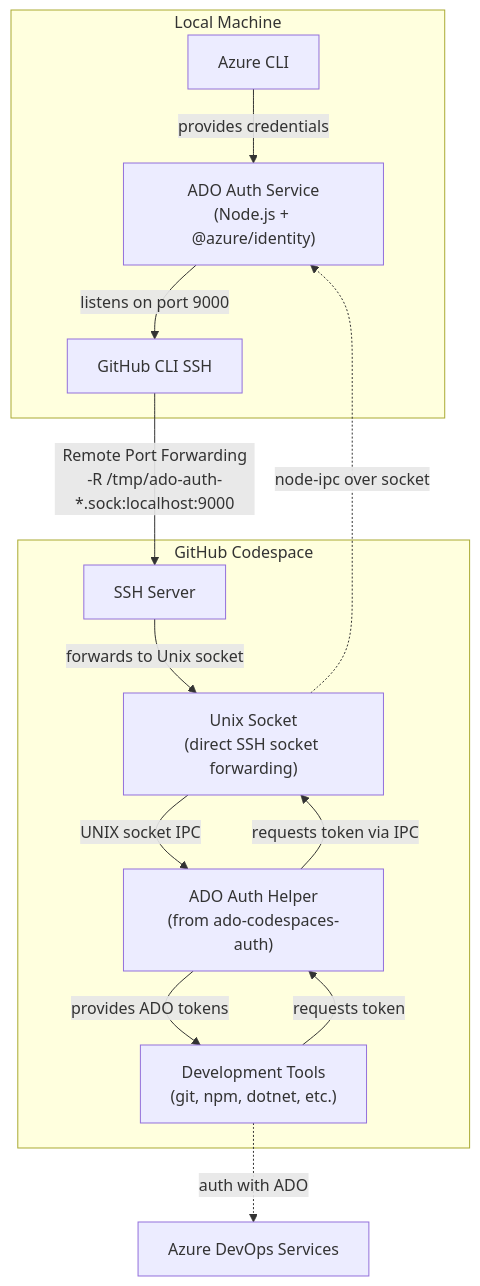
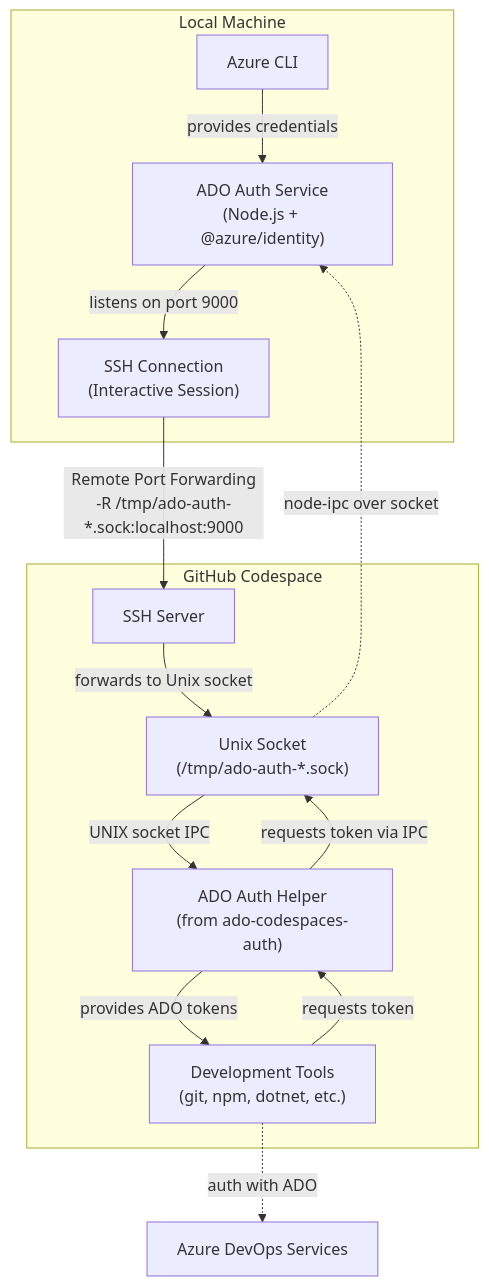
Before and after one commit to scaryrawr/ado-ssh-auth: the first of 2 diagrams in README.md, drawn with Mermaid. The commit also changed other lines of this file and 10 other files, not shown here.

First line of the commit message:
Vibe code port forwarding (#1)

````diff
--- a/README.md
+++ b/README.md
@@ -60,27 +67,28 @@
 ```mermaid
 graph
     subgraph "Local Machine"
         AzCLI["Azure CLI"]
         AuthSvc["ADO Auth Service<br>(Node.js + @azure/identity)"]
-        SSH["GitHub CLI SSH"]
+        MainSSH["SSH Connection<br>(Interactive Session)"]
+        
         AzCLI -->|provides credentials| AuthSvc
-        AuthSvc -->|listens on port 9000| SSH
+        AuthSvc -->|listens on port 9000| MainSSH
     end
     
     subgraph "GitHub Codespace"
         SSHSrv["SSH Server"]
-        SocketPath["Unix Socket<br>(direct SSH socket forwarding)"]
+        SocketPath["Unix Socket<br>(/tmp/ado-auth-*.sock)"]
         ADOHelper["ADO Auth Helper<br>(from ado-codespaces-auth)"]
         Tools["Development Tools<br>(git, npm, dotnet, etc.)"]
         
         SSHSrv -->|forwards to Unix socket| SocketPath
         SocketPath -->|UNIX socket IPC| ADOHelper
         ADOHelper -->|provides ADO tokens| Tools
         Tools -->|requests token| ADOHelper
         ADOHelper -->|requests token via IPC| SocketPath
     end
     
-    SSH -->|Remote Port Forwarding<br>-R /tmp/ado-auth-*.sock:localhost:9000| SSHSrv
+    MainSSH -->|Remote Port Forwarding<br>-R /tmp/ado-auth-*.sock:localhost:9000| SSHSrv
     SocketPath -.->|node-ipc over socket| AuthSvc
     Tools -.->|auth with ADO| Ext["Azure DevOps Services"]
 ```
````
